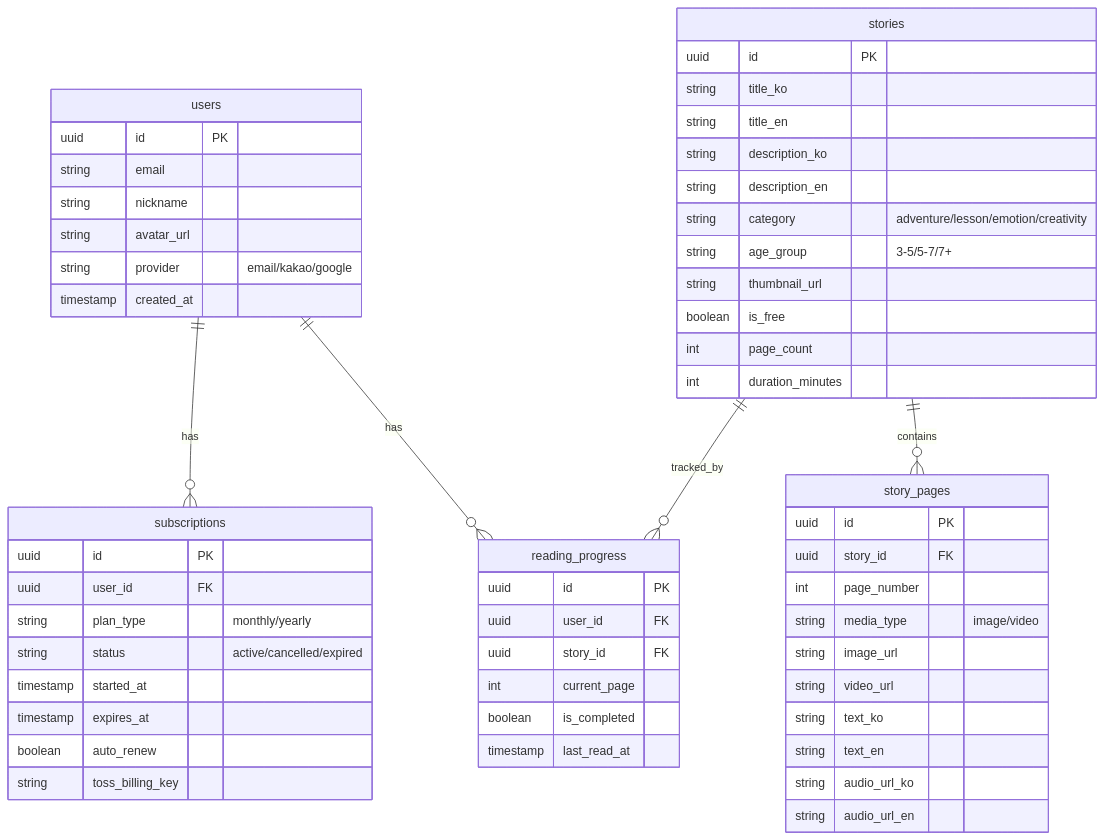
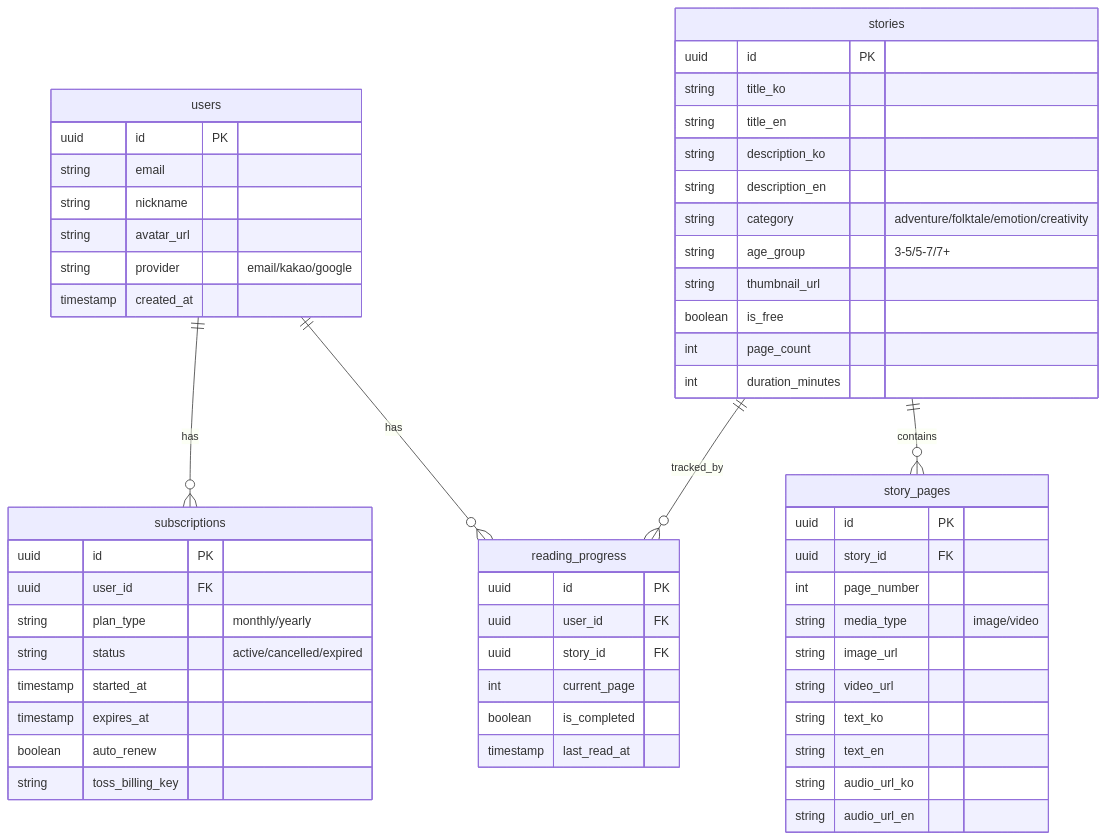
Before and after one commit to youngkim90/ddukddak-api: the second of 2 diagrams in CLAUDE.md, drawn with Mermaid. The commit also changed other lines of this file and 2 other files, not shown here.

````diff
--- a/CLAUDE.md
+++ b/CLAUDE.md
@@ -189,63 +167,63 @@
 ```mermaid
 erDiagram
     users ||--o{ subscriptions : has
     users ||--o{ reading_progress : has
     stories ||--o{ story_pages : contains
     stories ||--o{ reading_progress : tracked_by
 
     users {
         uuid id PK
         string email
         string nickname
         string avatar_url
         string provider "email/kakao/google"
         timestamp created_at
     }
 
     stories {
         uuid id PK
         string title_ko
         string title_en
         string description_ko
         string description_en
-        string category "adventure/lesson/emotion/creativity"
+        string category "adventure/folktale/emotion/creativity"
         string age_group "3-5/5-7/7+"
         string thumbnail_url
         boolean is_free
         int page_count
         int duration_minutes
     }
 
     story_pages {
         uuid id PK
         uuid story_id FK
         int page_number
         string media_type "image/video"
         string image_url
         string video_url
         string text_ko
         string text_en
         string audio_url_ko
         string audio_url_en
     }
 
     subscriptions {
         uuid id PK
         uuid user_id FK
         string plan_type "monthly/yearly"
         string status "active/cancelled/expired"
         timestamp started_at
         timestamp expires_at
         boolean auto_renew
         string toss_billing_key
     }
 
     reading_progress {
         uuid id PK
         uuid user_id FK
         uuid story_id FK
         int current_page
         boolean is_completed
         timestamp last_read_at
     }
 ```
````
